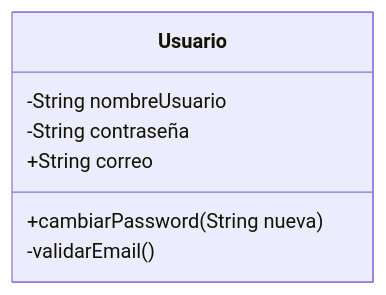
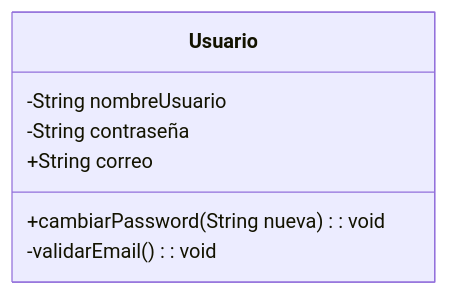
Before and after one commit to dariorumi5/6.2.BateriaDeEjercicios: the first of 6 diagrams in README.md, drawn with Mermaid. The commit also changed other lines of this file, not shown here.

````diff
--- a/README.md
+++ b/README.md
@@ -3,10 +3,10 @@
 ```mermaid
 classDiagram
     class Usuario {
         -String nombreUsuario
         -String contraseña
         +String correo
-        +cambiarPassword(String nueva)
-        -validarEmail()
+        +cambiarPassword(String nueva) : void
+        -validarEmail() : void
     }
 ```
````
